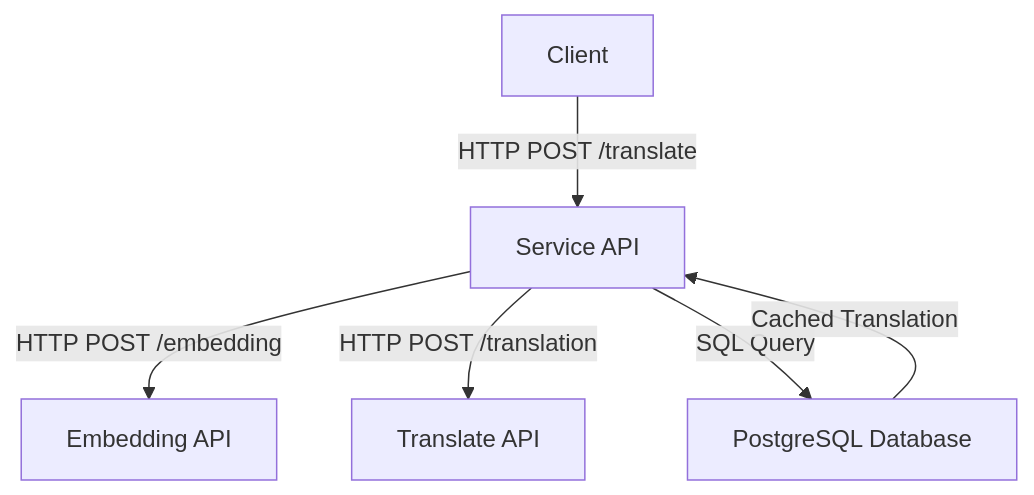
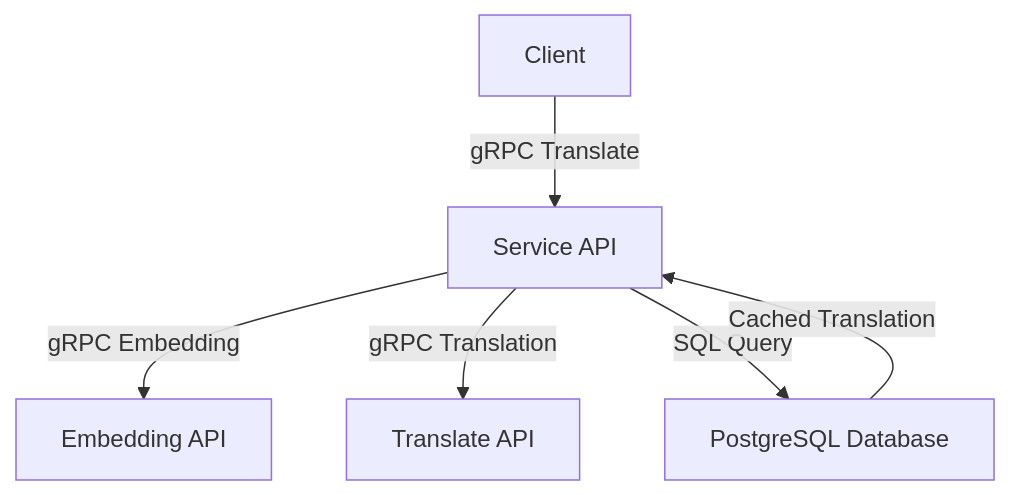
The first of 2 diagrams in README.md (markpotocki/translations-api-with-vector-cache), drawn with Mermaid before and after one commit. The commit also changed other lines of this file and 21 other files, not shown here.

Commit message:
Implement gRPC-based embedding and translation services

````diff
--- a/README.md
+++ b/README.md
@@ -28,8 +28,8 @@
 ```mermaid
 graph TD
-    A[Client] -->|HTTP POST /translate| B[Service API]
-    B -->|HTTP POST /embedding| C[Embedding API]
-    B -->|HTTP POST /translation| D[Translate API]
+    A[Client] -->|gRPC Translate| B[Service API]
+    B -->|gRPC Embedding| C[Embedding API]
+    B -->|gRPC Translation| D[Translate API]
     B -->|SQL Query| E[PostgreSQL Database]
     E -->|Cached Translation| B
 ```
````
